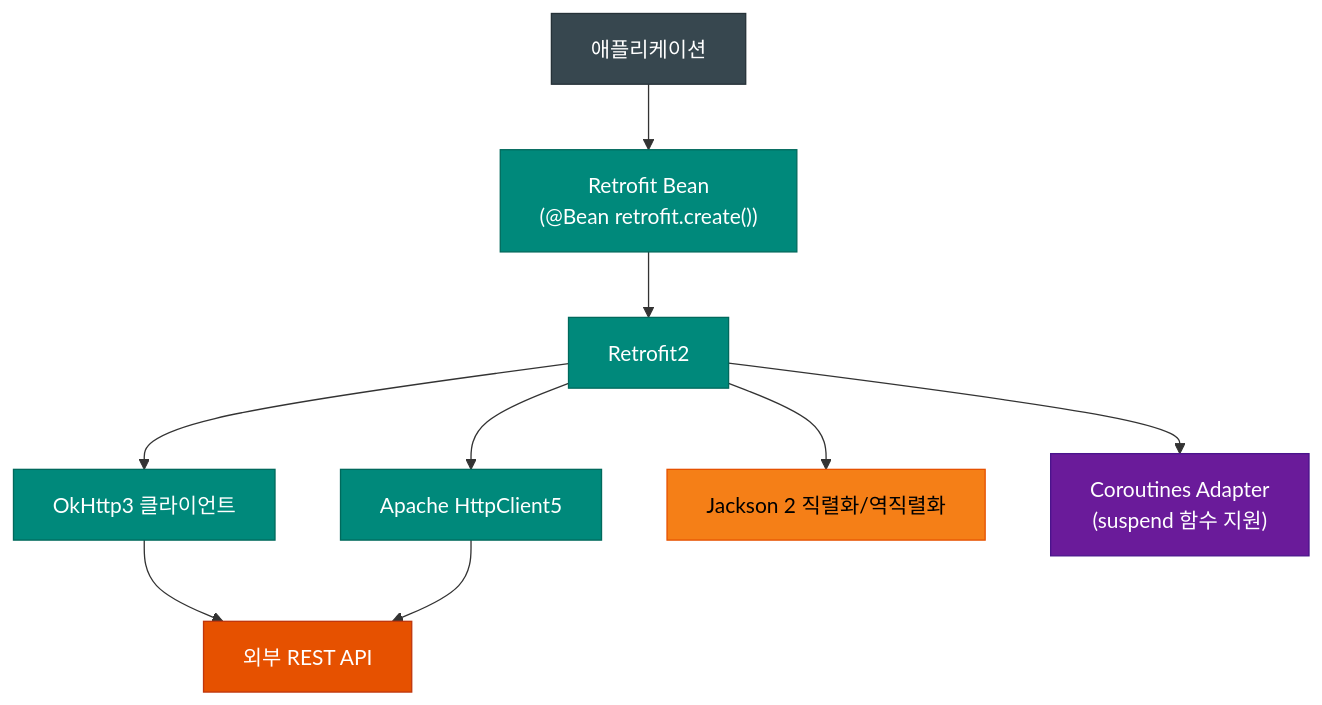
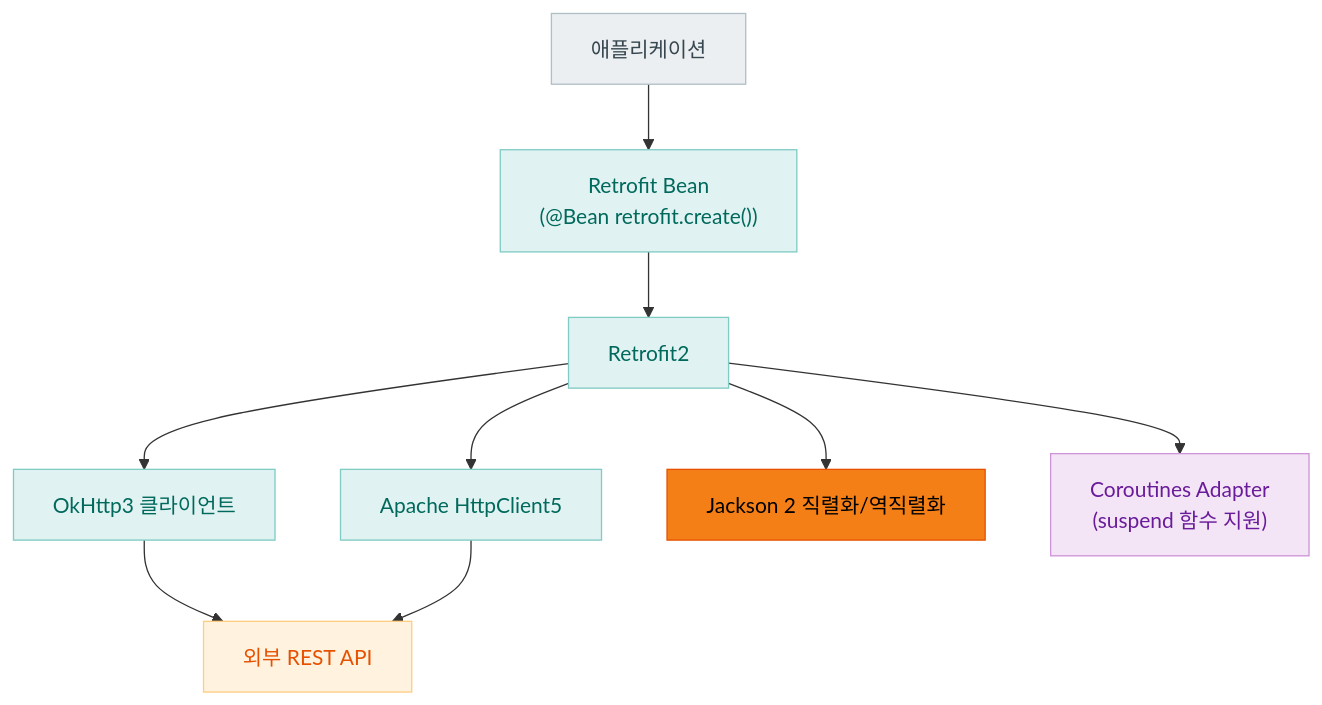
One commit to bluetape4k/bluetape4k-projects changed the fourth of 4 diagrams in spring-boot4/core/README.ko.md. Above: the diagram before and after it, drawn with Mermaid. The commit also changed other lines of this file and 219 other files, not shown here.

First line of the commit message:
docs: 전체 README Mermaid 다이어그램 가이드 적용

````diff
--- a/spring-boot4/core/README.ko.md
+++ b/spring-boot4/core/README.ko.md
@@ -271,23 +271,23 @@
 ```mermaid
 flowchart TD
     App["애플리케이션"] --> RetrofitBean["Retrofit Bean<br/>(@Bean retrofit.create<T>())"]
     RetrofitBean --> Retrofit2["Retrofit2"]
     Retrofit2 --> OkHttp["OkHttp3 클라이언트"]
     Retrofit2 --> HttpClient5["Apache HttpClient5"]
     Retrofit2 --> Jackson["Jackson 2 직렬화/역직렬화"]
     Retrofit2 --> CoroutinesAdapter["Coroutines Adapter<br/>(suspend 함수 지원)"]
     OkHttp --> ExternalAPI["외부 REST API"]
     HttpClient5 --> ExternalAPI
 
-    classDef appStyle fill:#37474F,stroke:#263238,color:#FFFFFF
-    classDef retrofitStyle fill:#00897B,stroke:#00695C,color:#FFFFFF
-    classDef adapterStyle fill:#6A1B9A,stroke:#4A148C,color:#FFFFFF
+    classDef appStyle fill:#ECEFF1,stroke:#B0BEC5,color:#37474F
+    classDef retrofitStyle fill:#E0F2F1,stroke:#80CBC4,color:#00695C
+    classDef adapterStyle fill:#F3E5F5,stroke:#CE93D8,color:#6A1B9A
     classDef serdeStyle fill:#F57F17,stroke:#E65100,color:#000000
-    classDef externalStyle fill:#E65100,stroke:#BF360C,color:#FFFFFF
+    classDef externalStyle fill:#FFF3E0,stroke:#FFCC80,color:#E65100
 
     class App appStyle
     class RetrofitBean,Retrofit2,OkHttp,HttpClient5 retrofitStyle
     class CoroutinesAdapter adapterStyle
     class Jackson serdeStyle
     class ExternalAPI externalStyle
 ```
````
